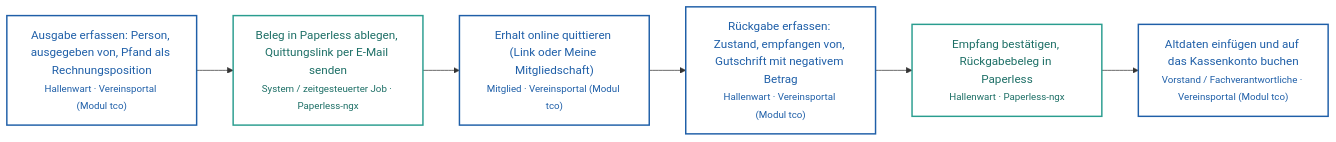
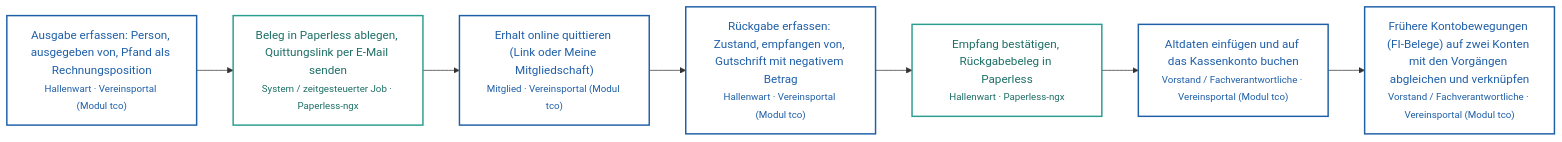
The tenth of 10 diagrams in docs/landschaft/level-2-prozesse.md (lautor80/Homeprojekt), drawn with Mermaid before and after one commit. The commit also changed other lines of this file and 11 other files, not shown here.

First line of the commit message:
Hallenschlüssel: Abgleich mit früheren Kontobewegungen der FI-Belege (#215)

````diff
--- a/docs/landschaft/level-2-prozesse.md
+++ b/docs/landschaft/level-2-prozesse.md
@@ -333,18 +333,20 @@
 ```mermaid
 flowchart LR
   S0["Ausgabe erfassen: Person, ausgegeben von, Pfand als Rechnungsposition<br/><small>Hallenwart · Vereinsportal (Modul tco)</small>"]:::portal
   S1["Beleg in Paperless ablegen, Quittungslink per E-Mail senden<br/><small>System / zeitgesteuerter Job · Paperless-ngx</small>"]:::extern
   S0 --> S1
   S2["Erhalt online quittieren (Link oder Meine Mitgliedschaft)<br/><small>Mitglied · Vereinsportal (Modul tco)</small>"]:::portal
   S1 --> S2
   S3["Rückgabe erfassen: Zustand, empfangen von, Gutschrift mit negativem Betrag<br/><small>Hallenwart · Vereinsportal (Modul tco)</small>"]:::portal
   S2 --> S3
   S4["Empfang bestätigen, Rückgabebeleg in Paperless<br/><small>Hallenwart · Paperless-ngx</small>"]:::extern
   S3 --> S4
   S5["Altdaten einfügen und auf das Kassenkonto buchen<br/><small>Vorstand / Fachverantwortliche · Vereinsportal (Modul tco)</small>"]:::portal
   S4 --> S5
+  S6["Frühere Kontobewegungen (FI-Belege) auf zwei Konten mit den Vorgängen abgleichen und verknüpfen<br/><small>Vorstand / Fachverantwortliche · Vereinsportal (Modul tco)</small>"]:::portal
+  S5 --> S6
   classDef portal fill:#ffffff,stroke:#1f5fa8,stroke-width:2px,color:#1f5fa8
   classDef n8n fill:#ffffff,stroke:#2e7d32,stroke-width:2px,color:#2e7d32
   classDef extern fill:#ffffff,stroke:#2a9d8f,stroke-width:2px,color:#1d6f66
   classDef person fill:#ffffff,stroke:#7f7f7f,stroke-width:2px,stroke-dasharray:4 3,color:#404040
 ```
````
